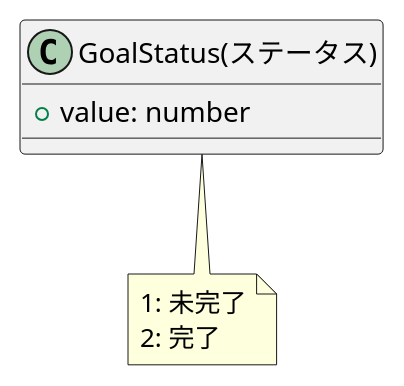
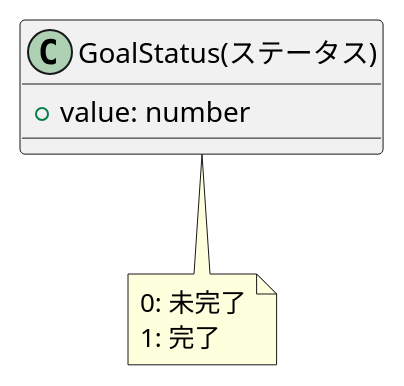
The diagram in Domain/models/Goal/GoalStatus/GoalStatus.pu (yoshi-d-24/goal-sync), drawn with PlantUML before and after one commit. The commit also changed 14 other files, not shown here.

```diff
--- a/Domain/models/Goal/GoalStatus/GoalStatus.pu
+++ b/Domain/models/Goal/GoalStatus/GoalStatus.pu
@@ -1,11 +1,11 @@
 @startuml GoalStatus
 class "GoalStatus(ステータス)" as GoalStatus {
     + value: number
 }
 
 note bottom of GoalStatus
-    1: 未完了
-    2: 完了
+    0: 未完了
+    1: 完了
 end note
 
 @enduml
```
